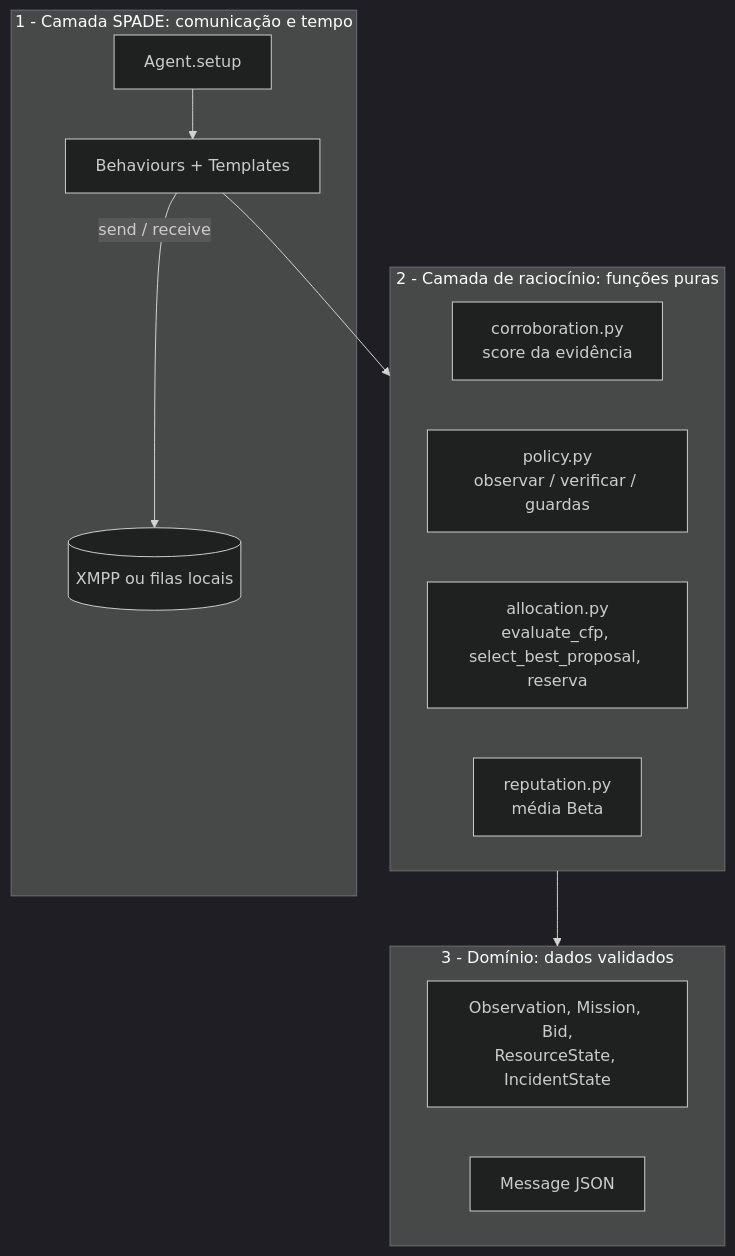
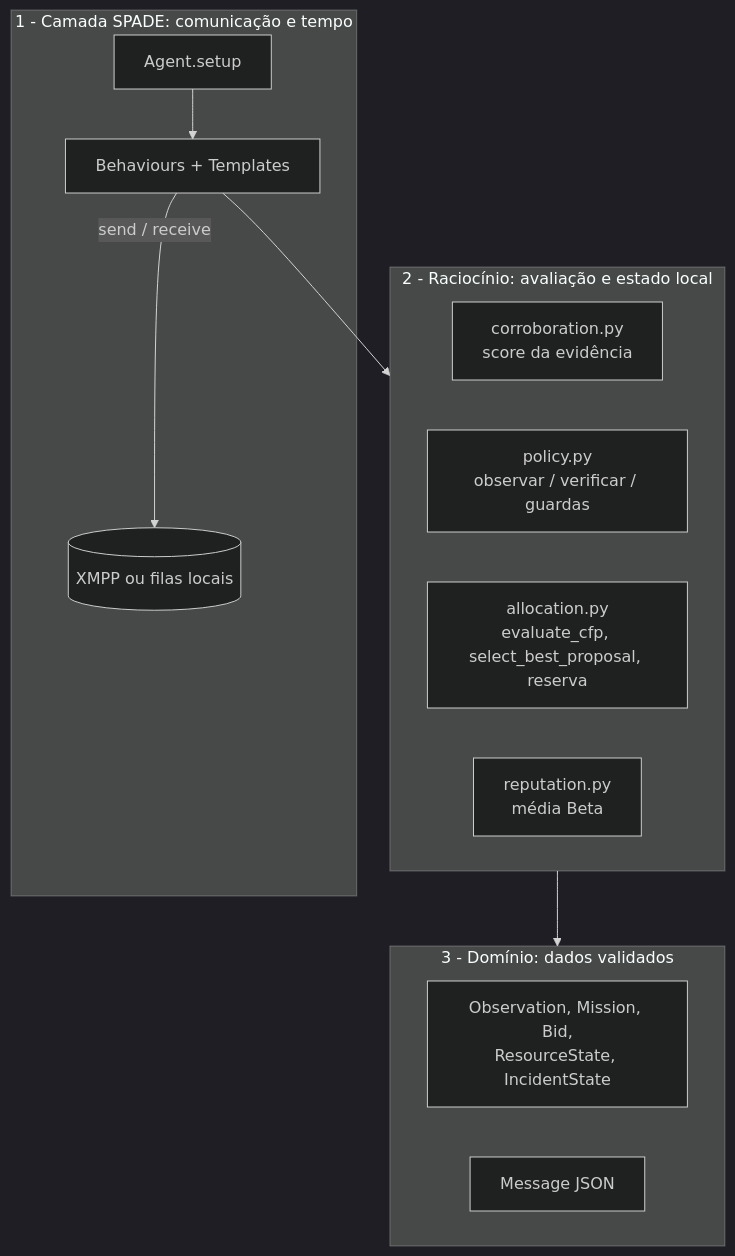
One commit to Afonsopereira1/Agents-Project changed the second of 6 diagrams in docs/architecture.md. Above: the diagram before and after it, drawn with Mermaid (dark theme). The commit also changed other lines of this file and 21 other files, not shown here.

````diff
--- a/docs/architecture.md
+++ b/docs/architecture.md
@@ -72,18 +72,18 @@
 ```mermaid
 flowchart TB
     subgraph SPADE["1 - Camada SPADE: comunicação e tempo"]
         AG[Agent.setup] --> BH[Behaviours + Templates]
         BH -->|send / receive| XMPP[(XMPP ou filas locais)]
     end
-    subgraph RAC["2 - Camada de raciocínio: funções puras"]
+    subgraph RAC["2 - Raciocínio: avaliação e estado local"]
         R1[corroboration.py<br/>score da evidência]
         R2[policy.py<br/>observar / verificar / guardas]
         R3[allocation.py<br/>evaluate_cfp, select_best_proposal, reserva]
         R4[reputation.py<br/>média Beta]
     end
     subgraph DOM["3 - Domínio: dados validados"]
         D1[Observation, Mission, Bid,<br/>ResourceState, IncidentState]
         D2[Message JSON]
     end
     BH --> RAC --> DOM
 ```
````
